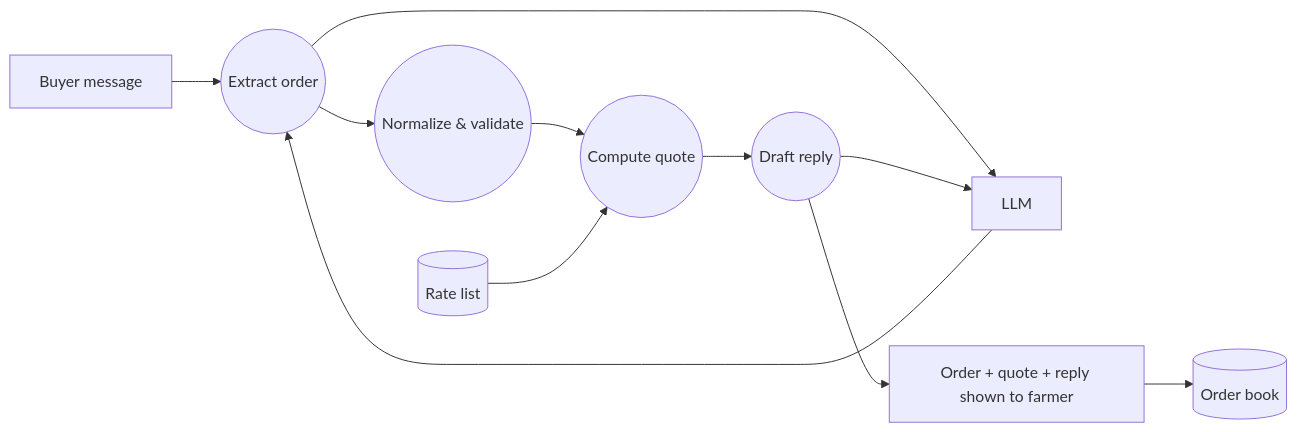
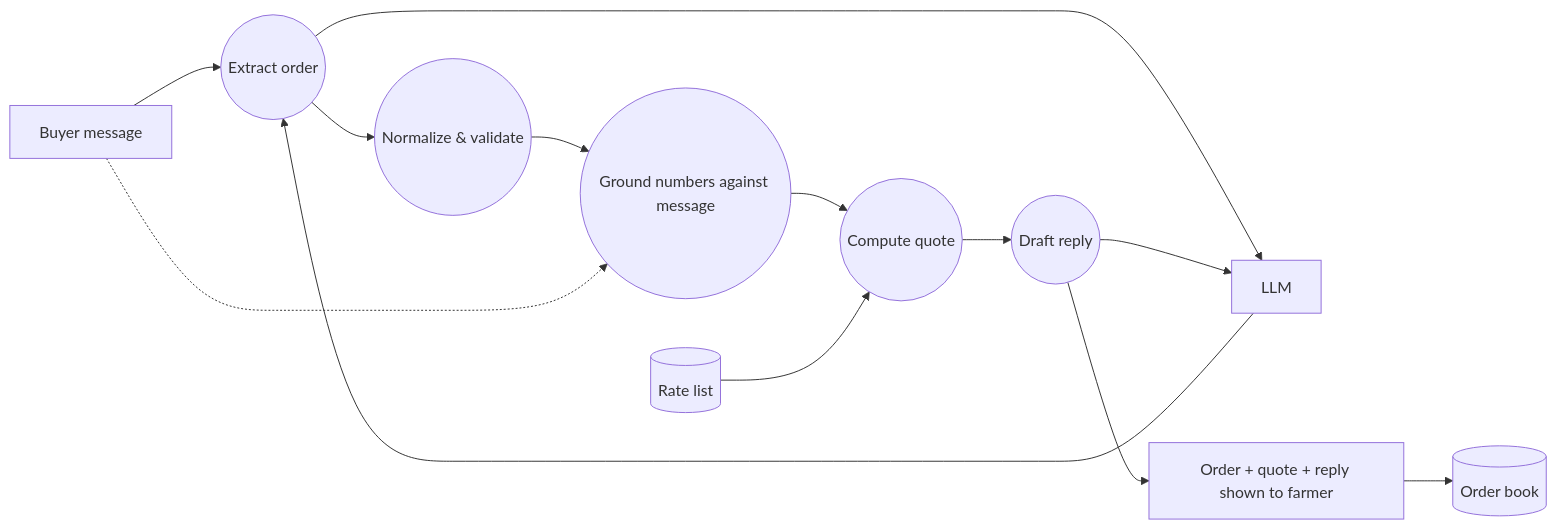
The second of 4 diagrams in README.md (hellohammadi/mandi-desk), drawn with Mermaid before and after one commit. The commit also changed other lines of this file, not shown here.

First line of the commit message:
README: expected/actual test table, diagrams match grounding step, model license, examples

````diff
--- a/README.md
+++ b/README.md
@@ -49,13 +53,15 @@
 ```mermaid
 flowchart LR
   I[Buyer message] --> E((Extract order))
   E --> M[LLM]
   M --> E
   E --> V((Normalize & validate))
-  V --> Q((Compute quote))
+  V --> GR((Ground numbers against message))
+  I -.-> GR
+  GR --> Q((Compute quote))
   RL[(Rate list)] --> Q
   Q --> G((Draft reply))
   G --> M
   G --> O[Order + quote + reply shown to farmer]
   O --> S[(Order book)]
 ```
````
